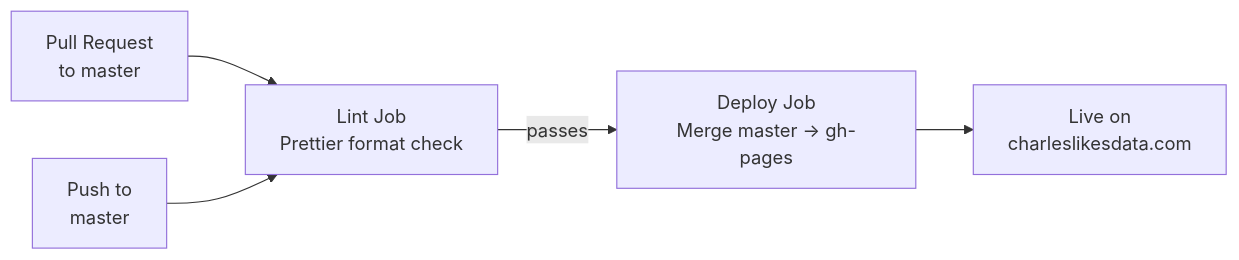
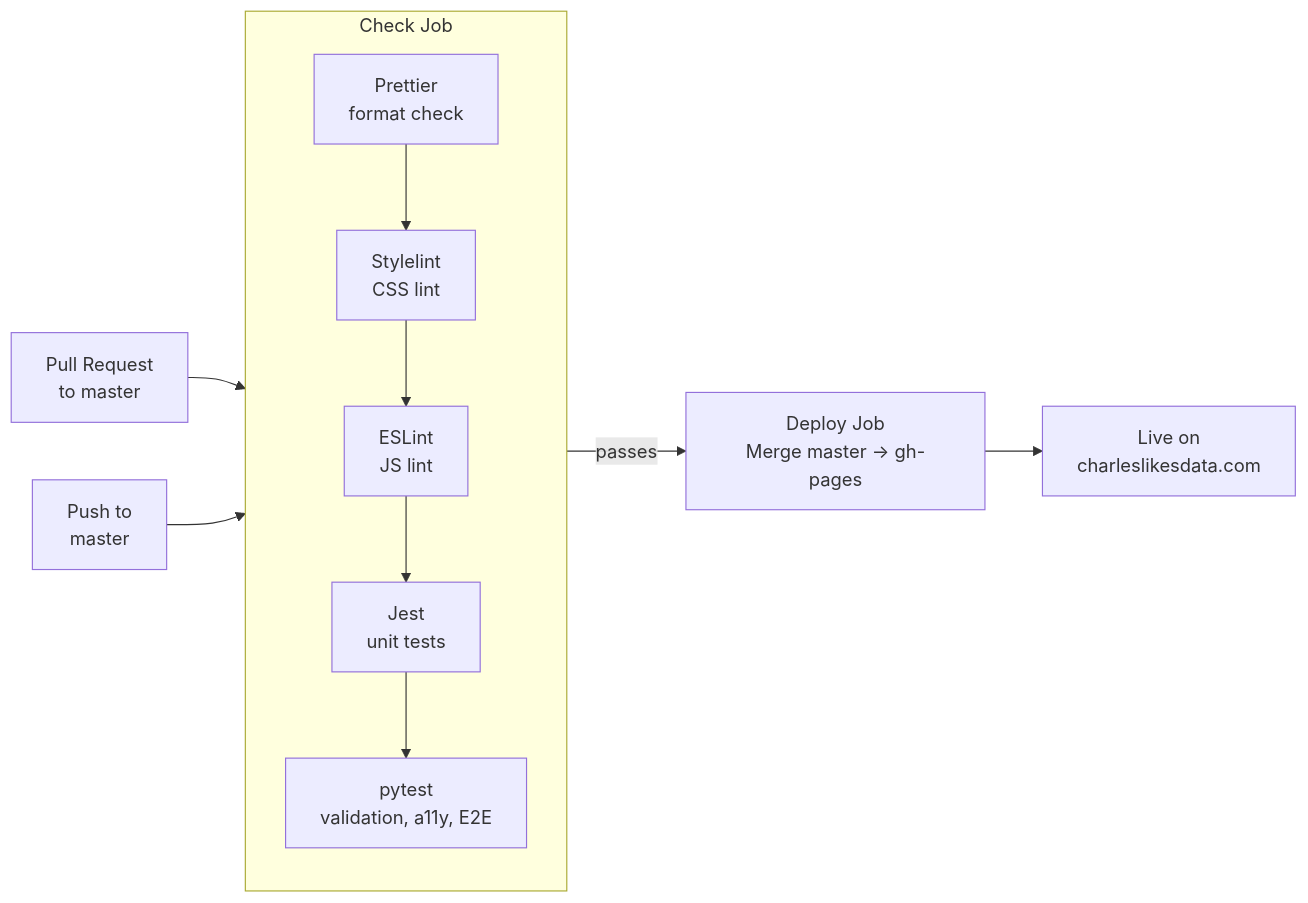
Before and after one commit to cdcoonce/Portfolio_Website: the fourth of 4 diagrams in README.md, drawn with Mermaid. The commit also changed other lines of this file, not shown here.

First line of the commit message:
docs: rewrite README for multi-page portfolio architecture

````diff
--- a/README.md
+++ b/README.md
@@ -132,7 +187,15 @@
 ```mermaid
 flowchart LR
-    PR["Pull Request<br/>to master"] --> LINT["Lint Job<br/>Prettier format check"]
-    PUSH["Push to<br/>master"] --> LINT
-    LINT -->|"passes"| DEPLOY["Deploy Job<br/>Merge master → gh-pages"]
+    PR["Pull Request<br/>to master"] --> CHECK
+    PUSH["Push to<br/>master"] --> CHECK
+
+    subgraph CHECK["Check Job"]
+        FMT["Prettier<br/>format check"] --> STYLE["Stylelint<br/>CSS lint"]
+        STYLE --> ESLINT["ESLint<br/>JS lint"]
+        ESLINT --> JEST["Jest<br/>unit tests"]
+        JEST --> PY["pytest<br/>validation, a11y, E2E"]
+    end
+
+    CHECK -->|"passes"| DEPLOY["Deploy Job<br/>Merge master → gh-pages"]
     DEPLOY --> LIVE["Live on<br/>charleslikesdata.com"]
 ```
````
